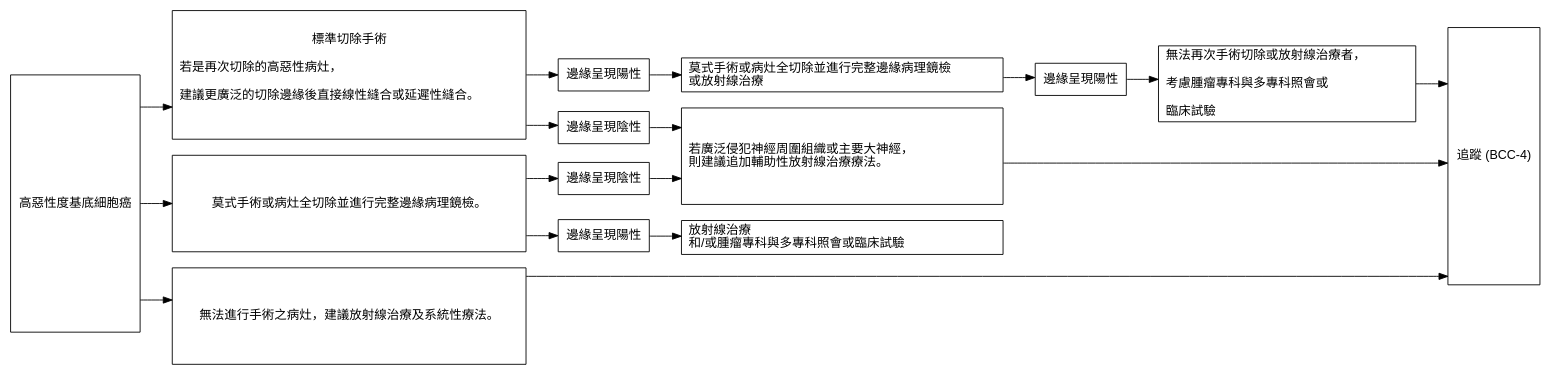
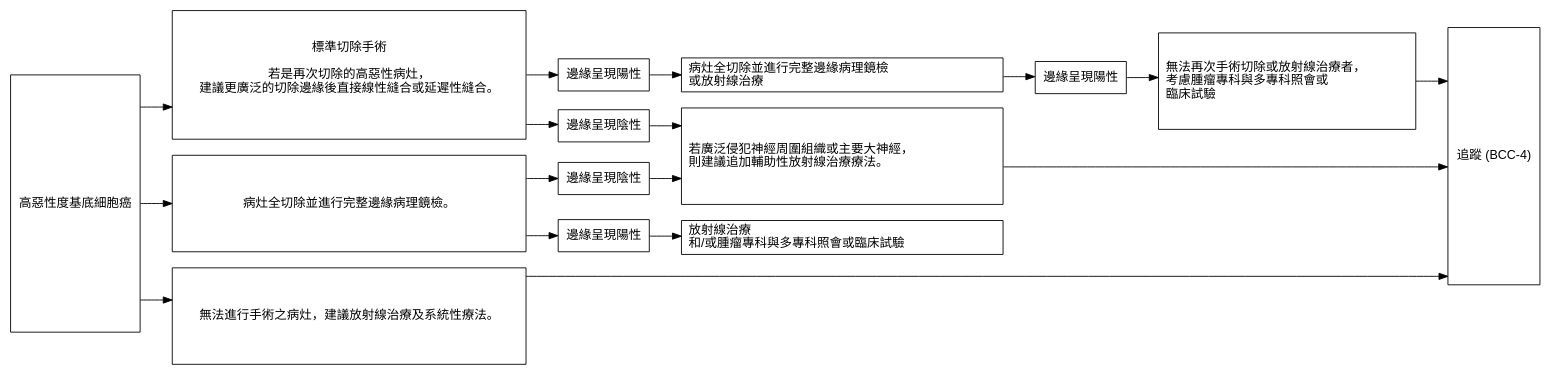
Before and after one commit to gnayyc/SkinCancerGuidelineDiagram: the diagram in BCC.3.gv, drawn with Graphviz. The commit also changed 5 other files, not shown here.

```diff
--- a/BCC.3.gv
+++ b/BCC.3.gv
@@ -1,39 +1,36 @@
 digraph {
   graph [rankdir = LR; splines=ortho; overlap=false]
   node [shape = box, fontname = Helvetica]
 
   high -> {tx1 tx2 tx3}
     tx1 -> tx2 -> tx3 [style=invis]
           tx1 -> {bo1 bo2}
                 bo1 -> tx21 
                 bo2 -> tx11 -> bo21 -> tx12 -> fu
           tx2 -> {bo3 bo4}
                 bo3 -> tx21 -> fu
                 bo4 -> tx22 
           tx3 -> fu
   
   high [label = 高惡性度基底細胞癌; height = 4]
   tx1 [label = "標準切除手術\n
-若是再次切除的高惡性病灶，\l
-建議更廣泛的切除邊緣後直接線性縫合或延遲性縫合。\l
+若是再次切除的高惡性病灶，\n建議更廣泛的切除邊緣後直接線性縫合或延遲性縫合。\n
 "; width = 5.5; height=2]
-  tx11 [label = "莫式手術或病灶全切除並進行完整邊緣病理鏡檢\l或放射線治療\l"; width = 5]
-  tx12 [label = "無法再次手術切除或放射線治療者，\l
-考慮腫瘤專科與多專科照會或\l
-臨床試驗\l"; width = 4]
-  tx2 [label = 莫式手術或病灶全切除並進行完整邊緣病理鏡檢。; width = 5.5; height=1.5]
+  tx11 [label = "病灶全切除並進行完整邊緣病理鏡檢\l或放射線治療\l"; width = 5]
+  tx12 [label = "無法再次手術切除或放射線治療者，\l考慮腫瘤專科與多專科照會或\l臨床試驗\l"; width = 4; height=1.5]
+  tx2 [label = 病灶全切除並進行完整邊緣病理鏡檢。; width = 5.5; height=1.5]
   tx21 [label = "若廣泛侵犯神經周圍組織或主要大神經，\l則建議追加輔助性放射線治療療法。\l"; width=5; height=1.5]
   tx22 [label = "放射線治療\l和/或腫瘤專科與多專科照會或臨床試驗\l"; width=5]
   tx3 [label = 無法進行手術之病灶，建議放射線治療及系統性療法。; width = 5.5; height=1.5]
   fu [label = "追蹤 (BCC-4)"; height = 4]
 
   {rank = same; tx1; tx2; tx3}
   {rank = same; bo1; bo2; bo3; bo4}
   
   bo1 [label = 邊緣呈現陰性]
   bo2 [label = 邊緣呈現陽性]
   bo21 [label = 邊緣呈現陽性]
   bo3 [label = 邊緣呈現陰性]
   bo4 [label = 邊緣呈現陽性]
 
 }
```
